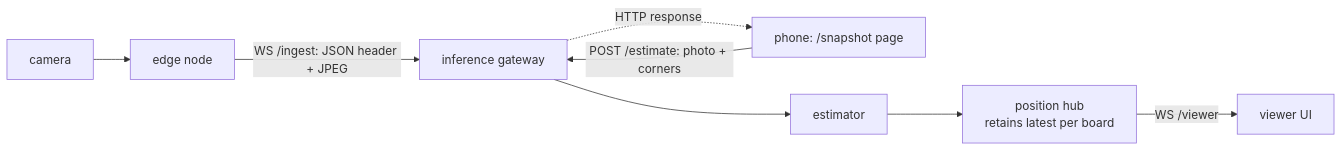
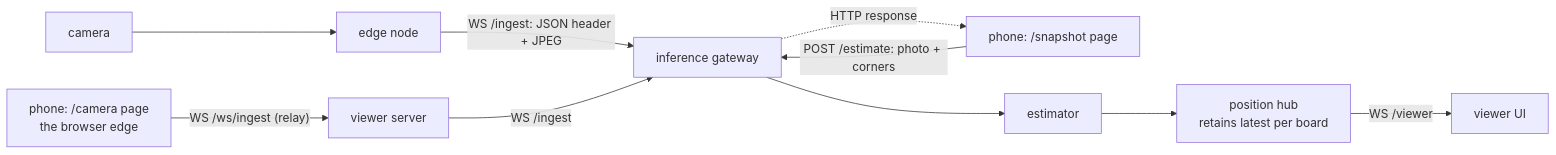
The diagram in docs/architecture.md (membranepotential/board-reader), drawn with Mermaid before and after one commit. The commit also changed other lines of this file and 6 other files, not shown here.

First line of the commit message:
docs: reconcile — photo path, camera page, recording, and the ccbf-r5 runbook

````diff
--- a/docs/architecture.md
+++ b/docs/architecture.md
@@ -38,10 +38,12 @@
 ```mermaid
 flowchart LR
   cam[camera] --> edge[edge node]
   edge -->|WS /ingest: JSON header + JPEG| gw[inference gateway]
+  camphone[phone: /camera page<br/>the browser edge] -->|"WS /ws/ingest (relay)"| vw[viewer server]
+  vw -->|WS /ingest| gw
   phone[phone: /snapshot page] -->|POST /estimate: photo + corners| gw
   gw --> est[estimator]
   est --> hub[position hub<br/>retains latest per board]
   hub -->|WS /viewer| viewer[viewer UI]
   gw -.->|HTTP response| phone
 ```
````
